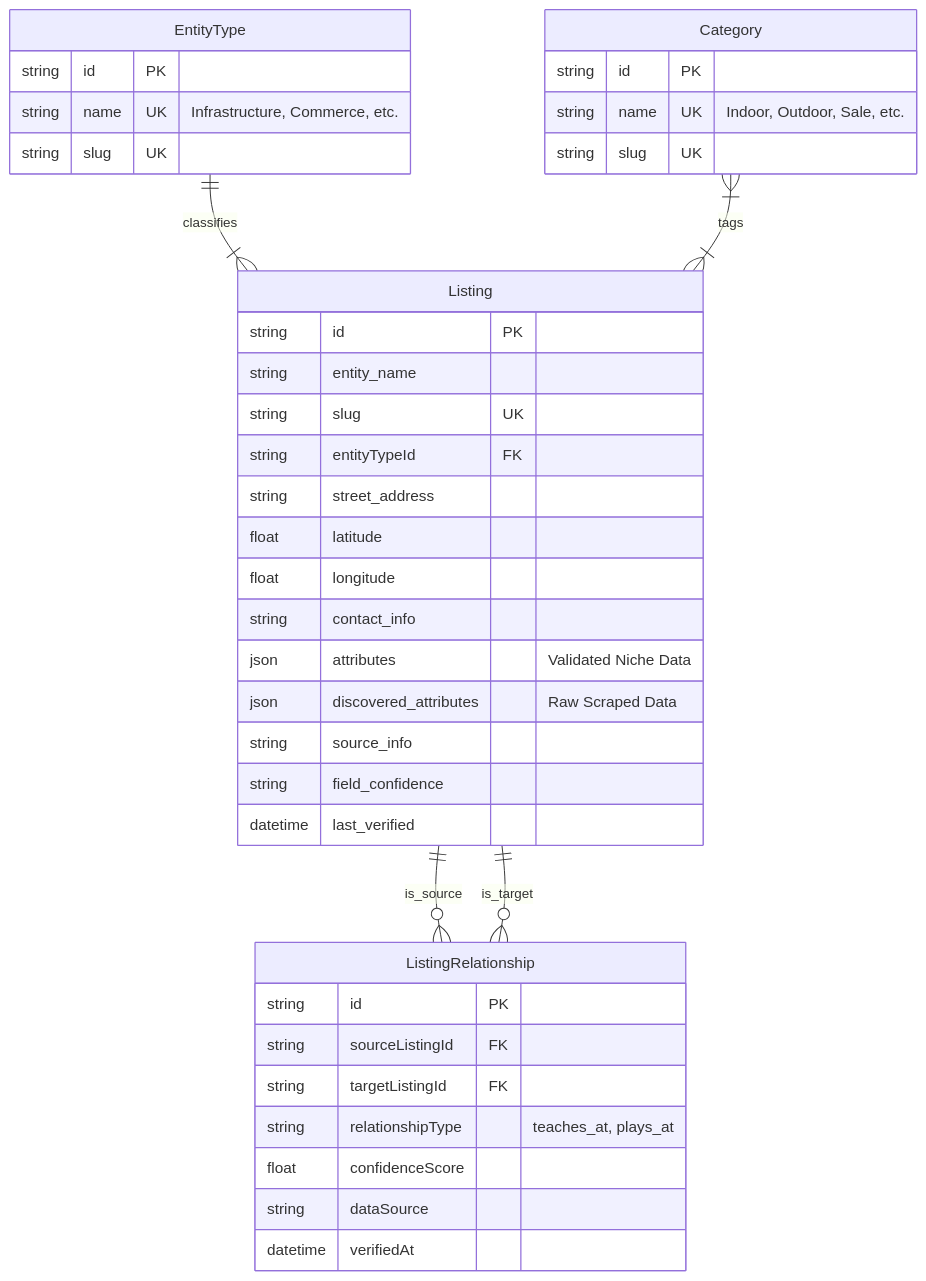
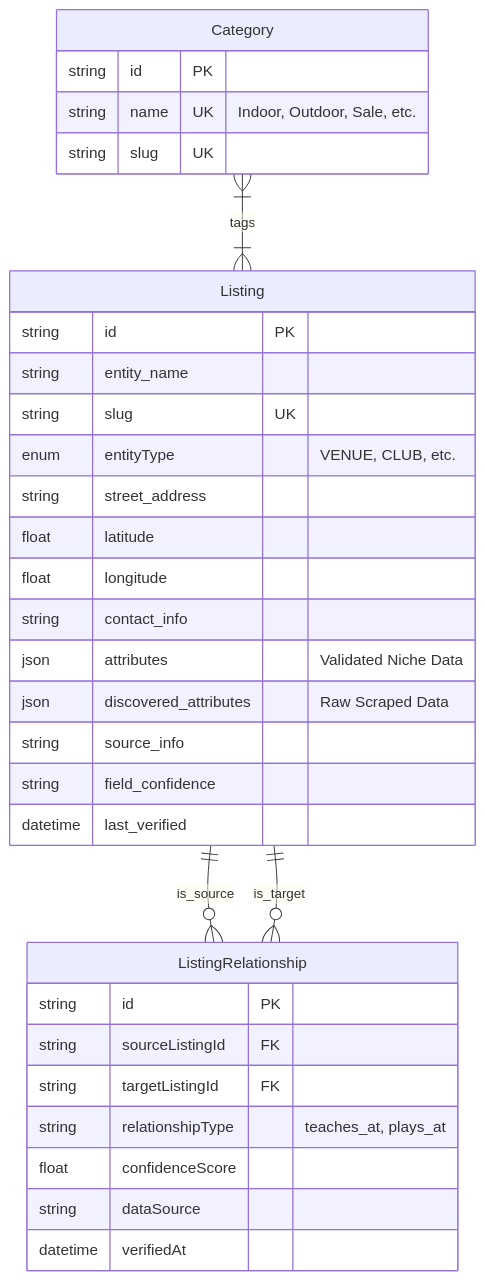
One commit to LarjGit/edinburgh-finds changed the first of 3 diagrams in ARCHITECTURE.md. Above: the diagram before and after it, drawn with Mermaid. The commit also changed other lines of this file, not shown here.

Commit message:
docs(architecture): Update Entity Pillars to use Enum strategy

````diff
--- a/ARCHITECTURE.md
+++ b/ARCHITECTURE.md
@@ -42,54 +43,50 @@
 ```mermaid
 erDiagram
     %% Core Schema (Implemented)
-    EntityType ||--|{ Listing : "classifies"
     Category }|--|{ Listing : "tags"
     
     %% Planned Extension
     Listing ||--o{ ListingRelationship : "is_source"
     Listing ||--o{ ListingRelationship : "is_target"
     
-    EntityType {
-        string id PK
-        string name UK "Infrastructure, Commerce, etc."
-        string slug UK
-    }
+    %% Enum Definition (Conceptual)
+    %% EntityType Enum: VENUE, RETAILER, COACH, INSTRUCTOR, CLUB, LEAGUE, EVENT, TOURNAMENT
 
     Category {
         string id PK
         string name UK "Indoor, Outdoor, Sale, etc."
         string slug UK
     }
 
     Listing {
         string id PK
         string entity_name
         string slug UK
-        string entityTypeId FK
+        enum entityType "VENUE, CLUB, etc."
         
         %% Core Structured Data
         string street_address
         float latitude
         float longitude
         string contact_info
         
         %% Flexible Attribute Buckets
         json attributes "Validated Niche Data"
         json discovered_attributes "Raw Scraped Data"
         
         %% Trust & Provenance
         string source_info
         string field_confidence
         datetime last_verified
     }
 
     ListingRelationship {
         string id PK
         string sourceListingId FK
         string targetListingId FK
         string relationshipType "teaches_at, plays_at"
         float confidenceScore
         string dataSource
         datetime verifiedAt
     }
 ```
````
